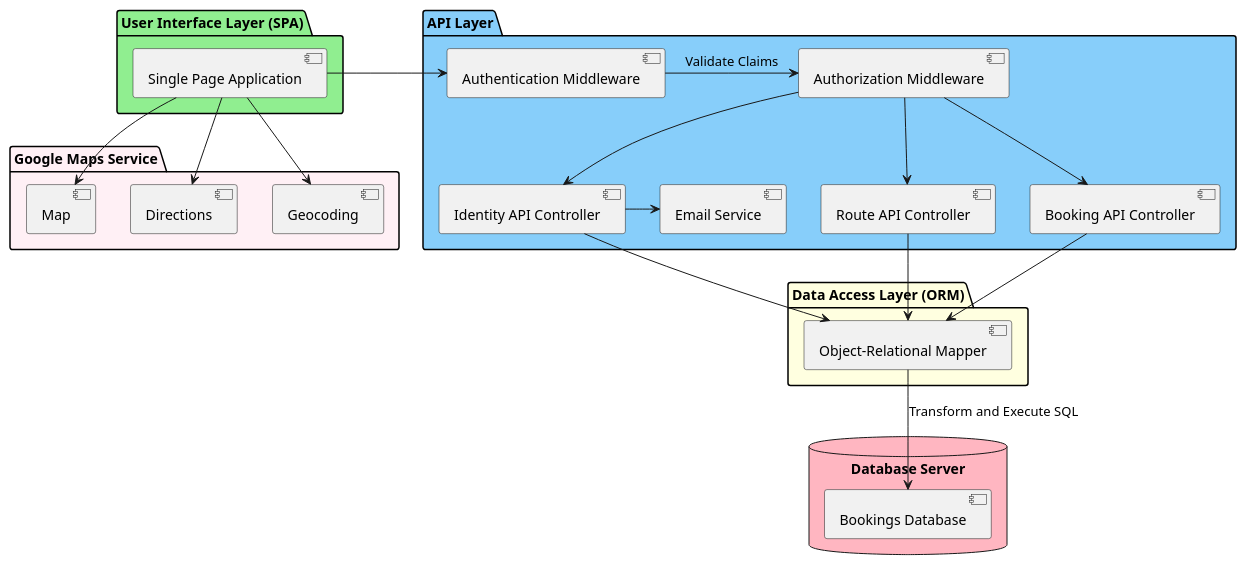
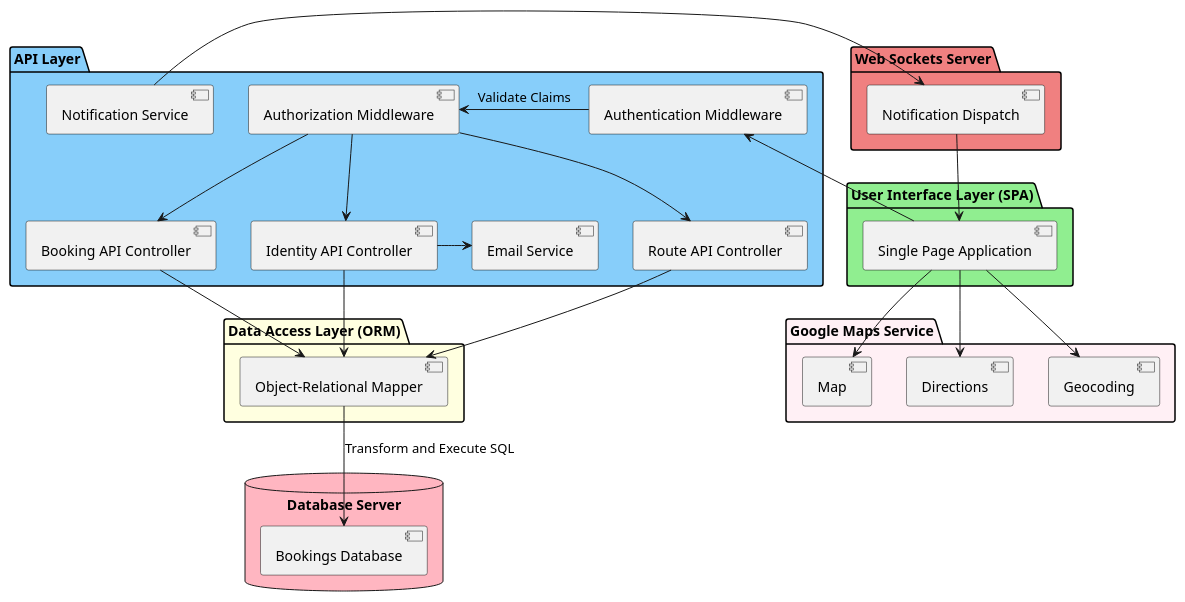
The diagram in coach-tour-booking-web/uml_diagrams/arch.puml (bsaranga/coach-tour-booking), drawn with PlantUML before and after one commit. The commit also changed 1 other file, not shown here.

Commit message:
diagrams

```diff
--- a/coach-tour-booking-web/uml_diagrams/arch.puml
+++ b/coach-tour-booking-web/uml_diagrams/arch.puml
@@ -1,43 +1,50 @@
 @startuml
 package "User Interface Layer (SPA)" #LightGreen {
   [Single Page Application] as SPA
 }
 
 package "Google Maps Service" #LavenderBlush {
     [Map]
     [Directions]
     [Geocoding]
 }
 
 package "API Layer" #LightSkyBlue {
   [Identity API Controller] as IdentityAPI
   [Authentication Middleware] as AuthMiddleware
   [Authorization Middleware] as AuthorizationAPI
   [Route API Controller] as RouteAPI
   [Booking API Controller] as BookingAPI
   [Email Service] as EmailService
+  [Notification Service] as Notif
+}
+
+package "Web Sockets Server" #LightCoral {
+    [Notification Dispatch] as NotifDisp
 }
 
 package "Data Access Layer (ORM)" #LightYellow {
   [Object-Relational Mapper] as ORM
 }
 
 database "Database Server" #LightPink {
     [Bookings Database] as DB
 }
 
 SPA -> Map
 SPA -> Directions
 SPA --> Geocoding
 SPA -> AuthMiddleware
 AuthMiddleware -> AuthorizationAPI : Validate Claims
 AuthorizationAPI --> IdentityAPI
 AuthorizationAPI --> RouteAPI
 AuthorizationAPI --> BookingAPI
 IdentityAPI -> "ORM"
 RouteAPI -> "ORM"
 BookingAPI --> "ORM"
 IdentityAPI -> EmailService
 ORM --> "DB" : Transform and Execute SQL
+Notif -> NotifDisp
+NotifDisp --> SPA
 
 @enduml
```
